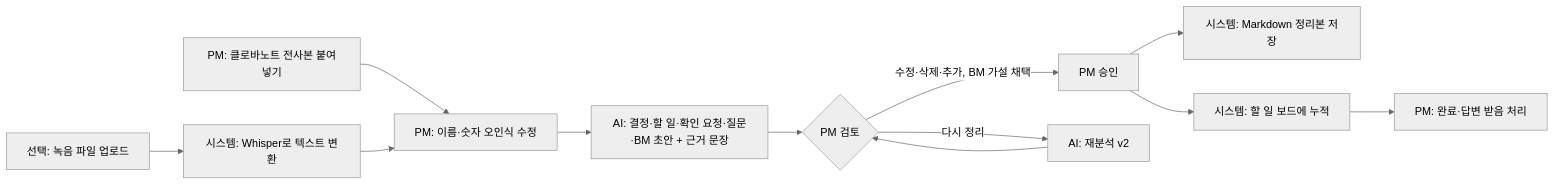
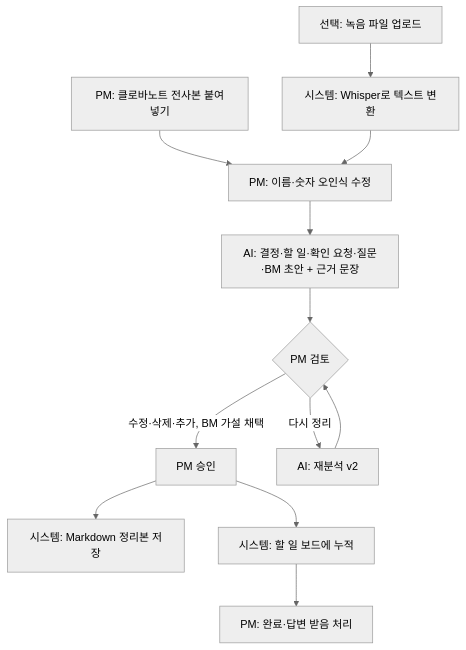
The second of 2 diagrams in 제출문서.md (yousunny96/meeting-followup), drawn with Mermaid (neutral theme) before and after one commit. The commit also changed other lines of this file and 1 other file, not shown here.

````diff
--- a/제출문서.md
+++ b/제출문서.md
@@ -91,12 +92,12 @@
 ```mermaid
-flowchart LR
+flowchart TD
   A[PM: 클로바노트 전사본 붙여넣기] --> C[PM: 이름·숫자 오인식 수정]
   A2[선택: 녹음 파일 업로드] --> B[시스템: Whisper로 텍스트 변환] --> C
   C --> D[AI: 결정·할 일·확인 요청·질문·BM 초안 + 근거 문장]
   D --> E{PM 검토}
   E -- 수정·삭제·추가, BM 가설 채택 --> F[PM 승인]
   F --> G[시스템: Markdown 정리본 저장]
   F --> H[시스템: 할 일 보드에 누적]
   H --> I[PM: 완료·답변 받음 처리]
   E -- 다시 정리 --> D2[AI: 재분석 v2] --> E
 ```
````
